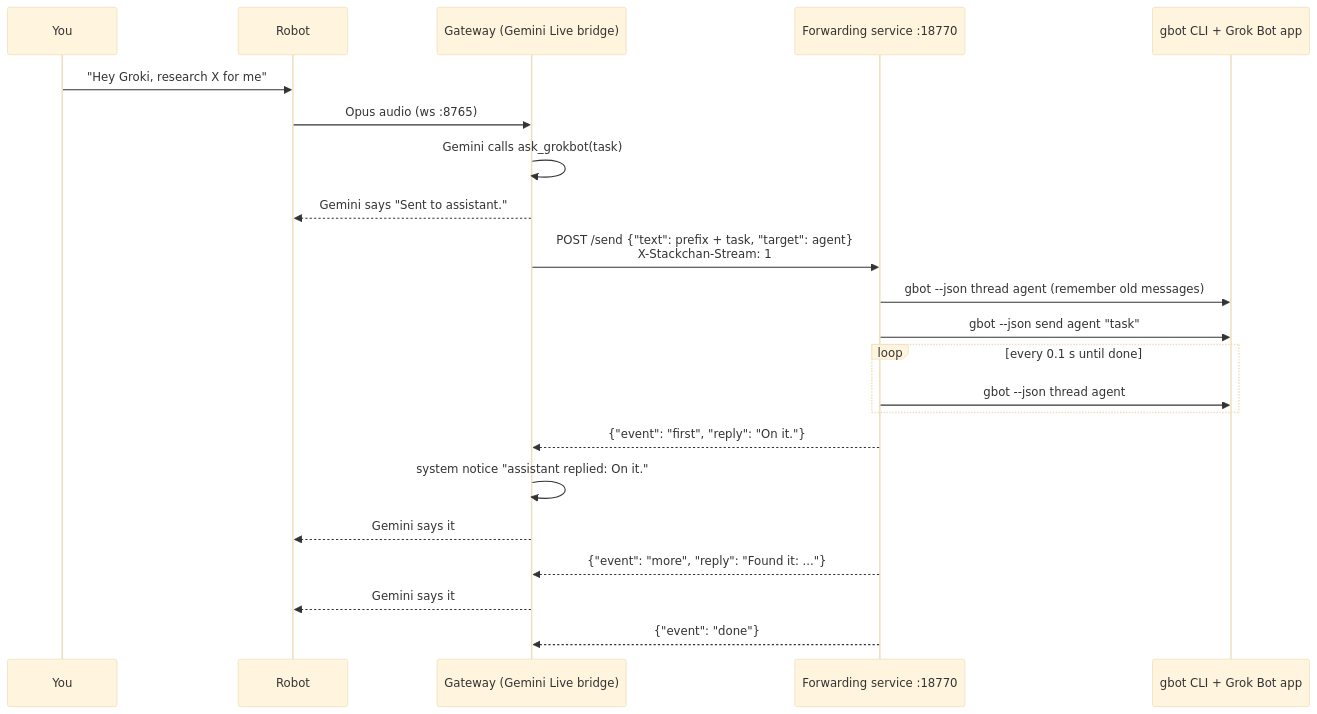
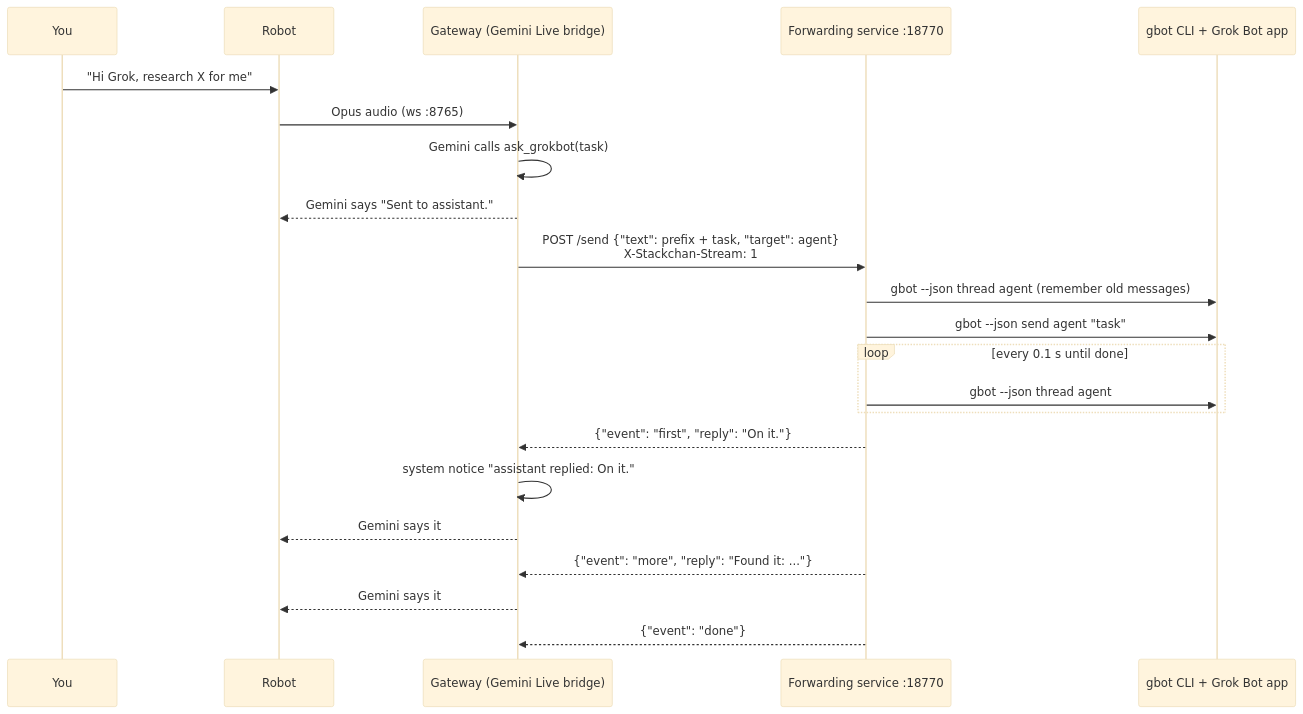
The second of 2 diagrams in docs/architecture.md (sefuzhou770801-hub/groki-bot), drawn with Mermaid (base theme) before and after one commit. The commit also changed other lines of this file and 13 other files, not shown here.

````diff
--- a/docs/architecture.md
+++ b/docs/architecture.md
@@ -120,25 +120,25 @@
 ```mermaid
 sequenceDiagram
     participant U as You
     participant R as Robot
     participant G as Gateway (Gemini Live bridge)
     participant P as Forwarding service :18770
     participant B as gbot CLI + Grok Bot app
 
-    U->>R: "Hey Groki, research X for me"
+    U->>R: "Hi Grok, research X for me"
     R->>G: Opus audio (ws :8765)
     G->>G: Gemini calls ask_grokbot(task)
     G-->>R: Gemini says "Sent to assistant."
     G->>P: POST /send {"text": prefix + task, "target": agent}<br/>X-Stackchan-Stream: 1
     P->>B: gbot --json thread agent (remember old messages)
     P->>B: gbot --json send agent "task"
     loop every 0.1 s until done
         P->>B: gbot --json thread agent
     end
     P-->>G: {"event": "first", "reply": "On it."}
     G->>G: system notice "assistant replied: On it."
     G-->>R: Gemini says it
     P-->>G: {"event": "more", "reply": "Found it: ..."}
     G-->>R: Gemini says it
     P-->>G: {"event": "done"}
 ```
````
